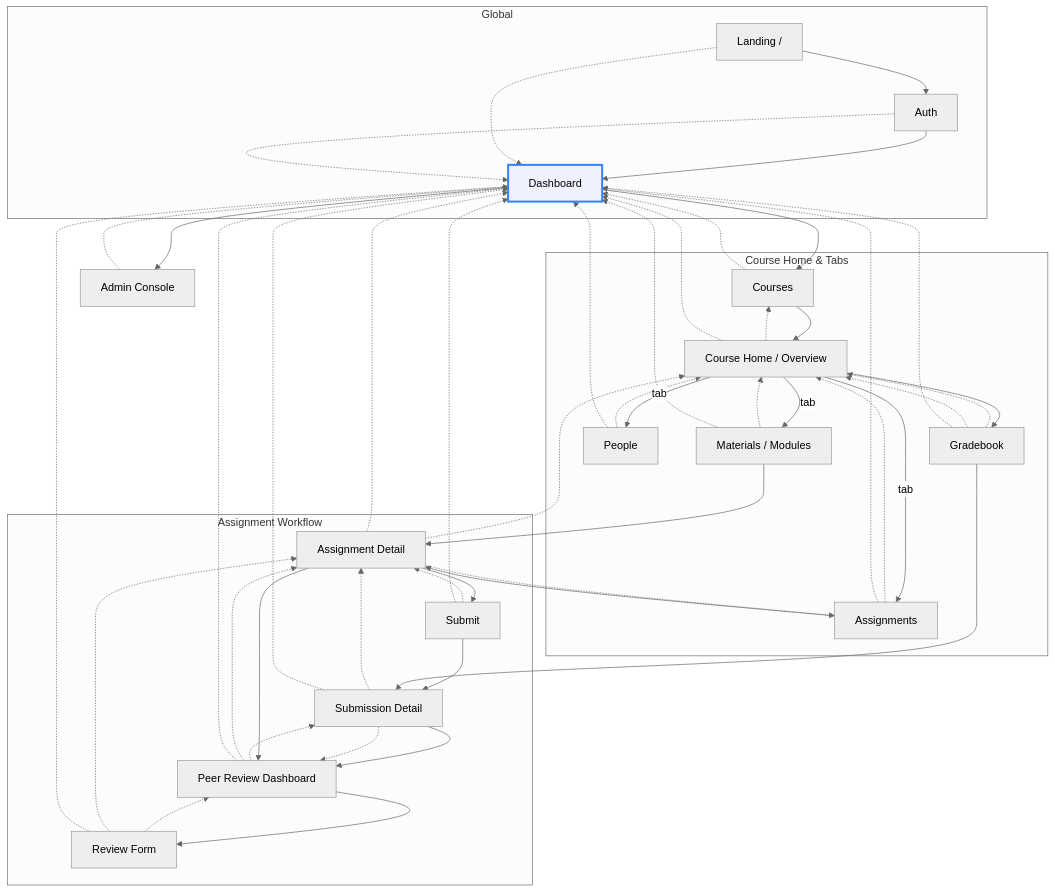
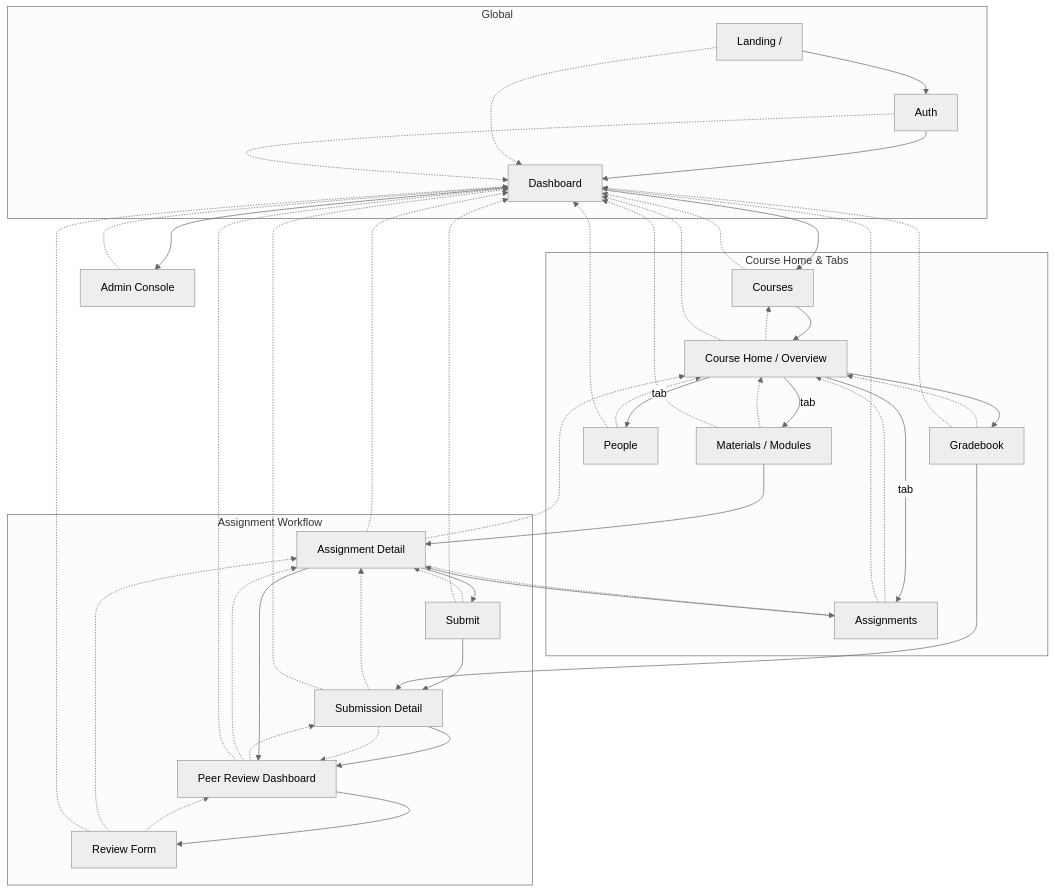
One commit to BMKellner/f25-cisc474-individual changed the diagram in sitemap.md. Above: the diagram before and after it, drawn with Mermaid (neutral theme).

Commit message:
Remove visual emphasis for dashboard hub
Removed visual emphasis for dashboard hub in sitemap.

````diff
--- a/sitemap.md
+++ b/sitemap.md
@@ -42,7 +42,6 @@
   MAT -.-> CO
   ASG -.-> CO
   PPL -.-> CO
-  GB  -.-> CO
 
   %% Modules can open Assignments directly
   MAT --> AD
@@ -77,8 +76,4 @@
   RV  -.-> D
   GB  -.-> D
   ADM -.-> D
-
-  %% ----- VISUAL EMPHASIS FOR DASHBOARD HUB -----
-  classDef hub fill:#eef2ff,stroke:#3b82f6,stroke-width:3px;
-  class D hub;
 ```
````
